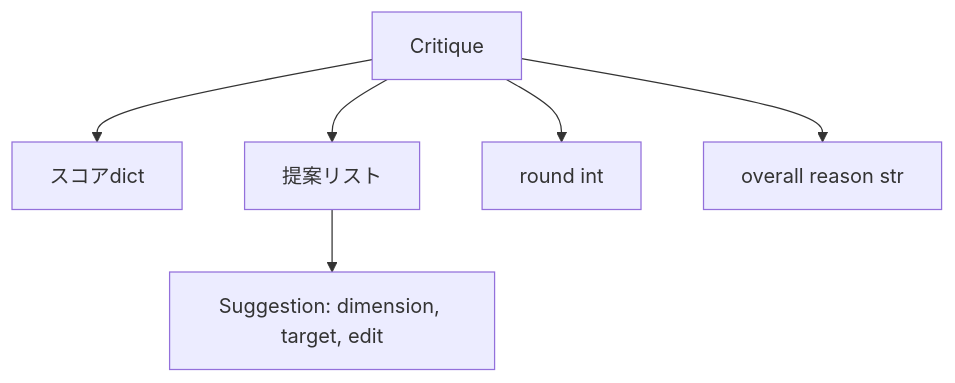
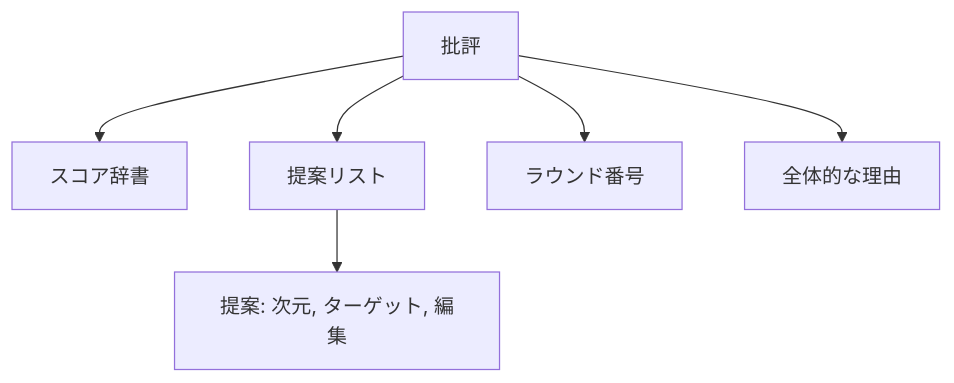
The second of 4 diagrams in content/phases/19-capstone-projects/55-critic-loop/lesson.ja.md (shoshoshomen/synapse-academy), drawn with Mermaid before and after one commit. The commit also changed other lines of this file and 124 other files, not shown here.

First line of the commit message:
feat(i18n): mermaid図のラベルを日本語化(194レッスン/374図)

````diff
--- a/content/phases/19-capstone-projects/55-critic-loop/lesson.ja.md
+++ b/content/phases/19-capstone-projects/55-critic-loop/lesson.ja.md
@@ -36,8 +36,8 @@
 ```mermaid
 flowchart TB
-    Critique[Critique] --> Scores[スコアdict]
-    Critique --> Sugg[提案リスト]
-    Sugg --> S1[Suggestion: dimension, target, edit]
-    Critique --> Round[round int]
-    Critique --> Reason[overall reason str]
+    Critique["批評"] --> Scores["スコア辞書"]
+    Critique --> Sugg["提案リスト"]
+    Sugg --> S1["提案: 次元, ターゲット, 編集"]
+    Critique --> Round["ラウンド番号"]
+    Critique --> Reason["全体的な理由"]
 ```
````
